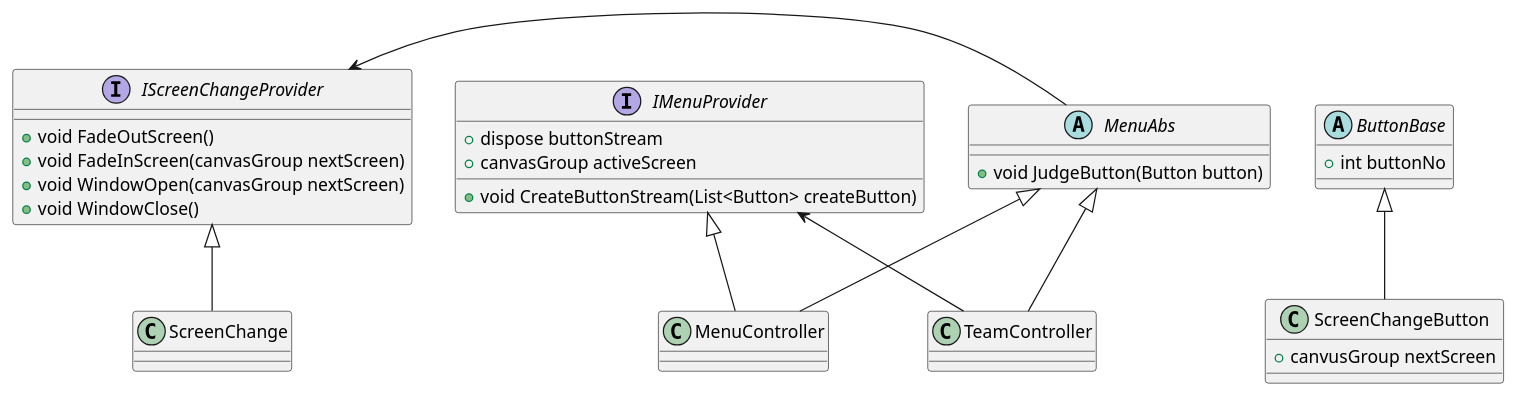
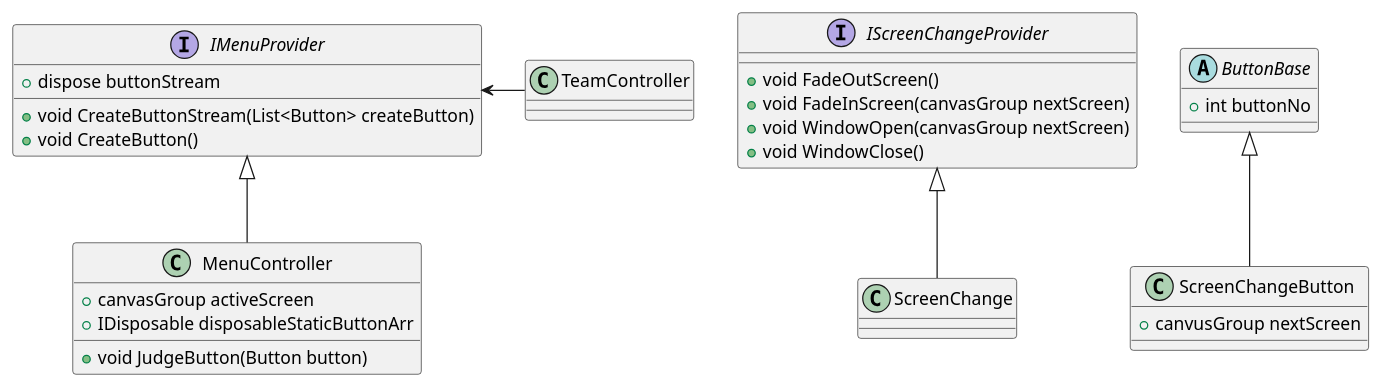
Before and after one commit to sitmn/DefenseRPG: the diagram in Assets/Script/Login/Menu.pu, drawn with PlantUML. The commit also changed 21 other files, not shown here.

```diff
--- a/Assets/Script/Login/Menu.pu
+++ b/Assets/Script/Login/Menu.pu
@@ -1,51 +1,46 @@
 @startuml Menu
-abstract MenuAbs{
-    +void JudgeButton(Button button)
-}
-
 interface IMenuProvider{
     +void CreateButtonStream(List<Button> createButton)
     +dispose buttonStream
+    +void CreateButton()
+}
+
+class MenuController{
     +canvasGroup activeScreen
-    
+    +IDisposable disposableStaticButtonArr
+    +void JudgeButton(Button button)
 }
 
 class TeamController{
     
 
-
 }
 
 IMenuProvider <|-- MenuController
 IMenuProvider <- TeamController
-MenuAbs <|-- TeamController
-MenuAbs <|-- MenuController
-
-
-IScreenChangeProvider <- MenuAbs
 
 'キャンバス移動
 class ScreenChange
 interface IScreenChangeProvider{
     +void FadeOutScreen()
     +void FadeInScreen(canvasGroup nextScreen)
     +void WindowOpen(canvasGroup nextScreen)
     +void WindowClose()
 }
 
 IScreenChangeProvider <|-- ScreenChange
 
 
 abstract ButtonBase{
     +int buttonNo
 }
 
 class ScreenChangeButton{
     +canvusGroup nextScreen
 }
 
 
 ButtonBase <|-- ScreenChangeButton
 
 
 @enduml
```
